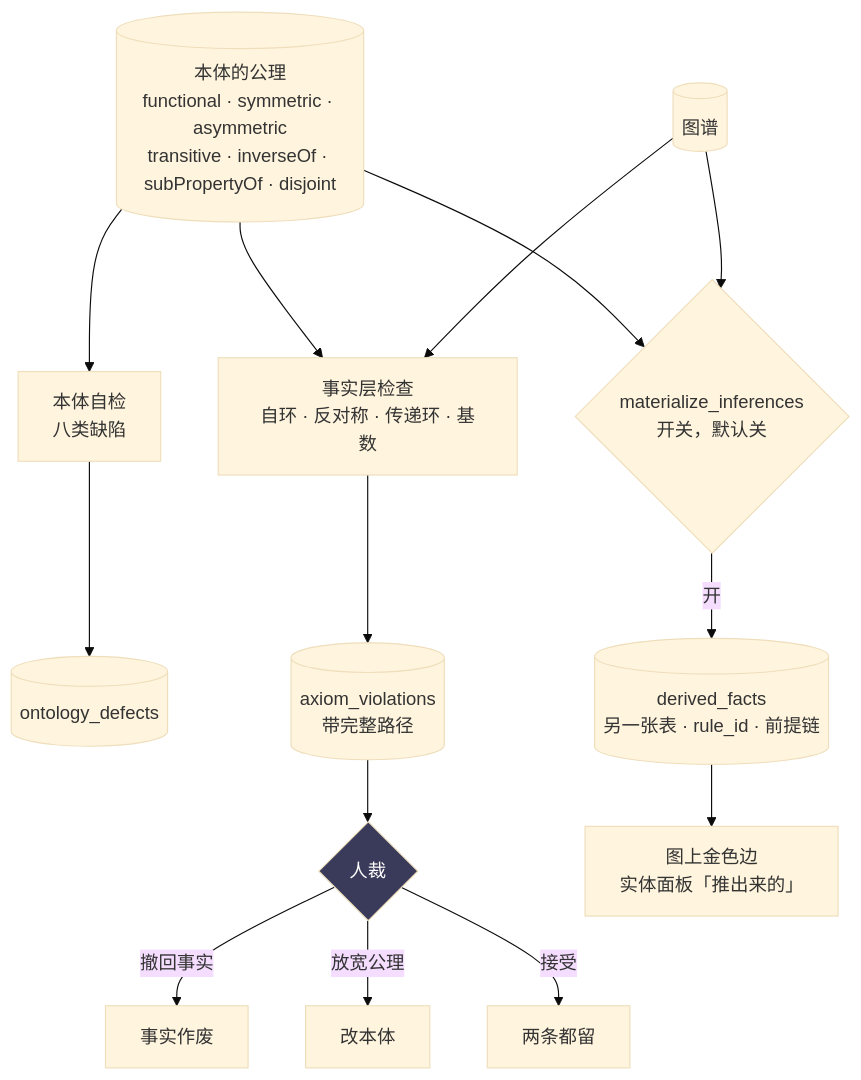
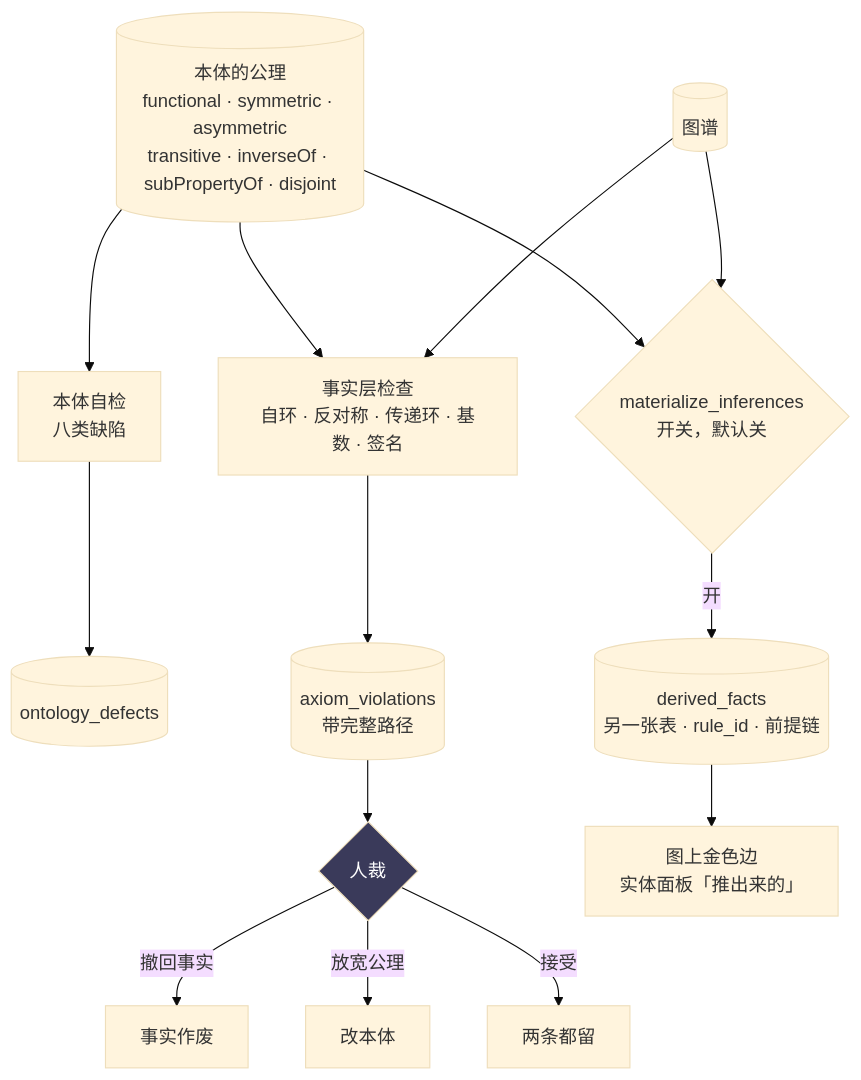
Before and after one commit to Danmushu/utopia: the fifth of 5 diagrams in docs/pipeline.md, drawn with Mermaid (base theme). The commit also changed other lines of this file and 18 other files, not shown here.

````diff
--- a/docs/pipeline.md
+++ b/docs/pipeline.md
@@ -248,18 +248,18 @@
 ```mermaid
 flowchart TB
     ONT[(本体的公理<br/>functional · symmetric · asymmetric<br/>transitive · inverseOf · subPropertyOf · disjoint)] --> SELF[本体自检<br/>八类缺陷]
     SELF --> DEF[(ontology_defects)]
-    ONT --> R0[事实层检查<br/>自环 · 反对称 · 传递环 · 基数]
+    ONT --> R0[事实层检查<br/>自环 · 反对称 · 传递环 · 基数 · 签名]
     G[(图谱)] --> R0
     R0 --> VIO[(axiom_violations<br/>带完整路径)]
     VIO --> DEC{人裁}
     DEC -->|撤回事实| RET[事实作废]
     DEC -->|放宽公理| RLX[改本体]
     DEC -->|接受| ACC[两条都留]
     ONT --> R1{materialize_inferences<br/>开关，默认关}
     G --> R1
     R1 -->|开| DER[(derived_facts<br/>另一张表 · rule_id · 前提链)]
     DER --> GV[图上金色边<br/>实体面板「推出来的」]
 
     style DEC fill:#3a3a5a,color:#fff
 ```
````
